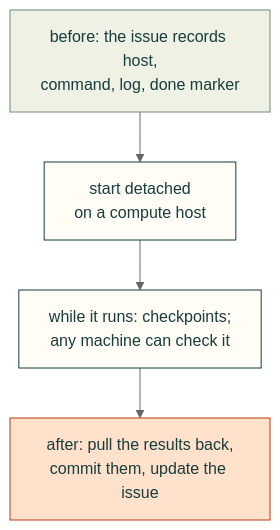
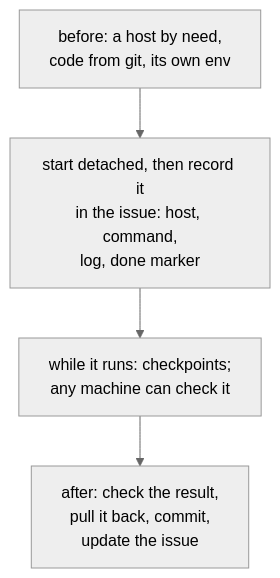
One commit to Valpatel/cad-agent changed the diagram in skills/cad-remote-runs/SKILL.md. Above: the diagram before and after it, drawn with Mermaid (neutral theme). The commit also changed 24 other files, not shown here.

````diff
--- a/skills/cad-remote-runs/SKILL.md
+++ b/skills/cad-remote-runs/SKILL.md
@@ -12,12 +12,9 @@
 ```mermaid
 flowchart TD
-    B["before: the issue records host,<br/>command, log, done marker"] --> S["start detached<br/>on a compute host"]
+    B["before: a host by need,<br/>code from git, its own env"] --> S["start detached, then record it<br/>in the issue: host, command,<br/>log, done marker"]
     S --> W["while it runs: checkpoints;<br/>any machine can check it"]
-    W --> A["after: pull the results back,<br/>commit them, update the issue"]
-    classDef here fill:#fffdf5,stroke:#173d3c,color:#173d3c
-    classDef near fill:#eef1e4,stroke:#6f8a80,color:#173d3c
-    classDef out fill:#ffe1cc,stroke:#bd3a12,color:#173d3c
+    W --> A["after: check the result,<br/>pull it back, commit,<br/>update the issue"]
     class S,W here
     class B near
     class A out
 ```
````
